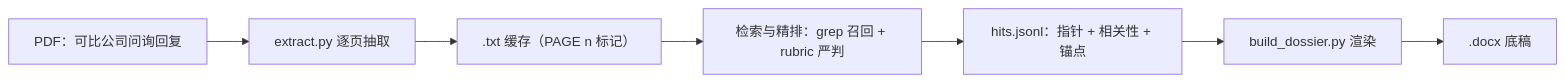
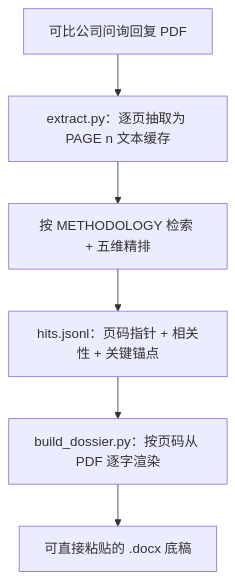
One commit to hhaa134323/ipo-inquiry-dossier changed the diagram in README.md. Above: the diagram before and after it, drawn with Mermaid. The commit also changed other lines of this file, not shown here.

````diff
--- a/README.md
+++ b/README.md
@@ -43,9 +45,8 @@
 ```mermaid
-flowchart LR
-    A["PDF：可比公司问询回复"] --> B["extract.py 逐页抽取"]
-    B --> C[".txt 缓存（PAGE n 标记）"]
-    C --> D["检索与精排：grep 召回 + rubric 严判"]
-    D --> E["hits.jsonl：指针 + 相关性 + 锚点"]
-    E --> F["build_dossier.py 渲染"]
-    F --> G[".docx 底稿"]
+flowchart TD
+    A["可比公司问询回复 PDF"] --> B["extract.py：逐页抽取为 PAGE n 文本缓存"]
+    B --> C["按 METHODOLOGY 检索 + 五维精排"]
+    C --> D["hits.jsonl：页码指针 + 相关性 + 关键锚点"]
+    D --> E["build_dossier.py：按页码从 PDF 逐字渲染"]
+    E --> F["可直接粘贴的 .docx 底稿"]
 ```
````
